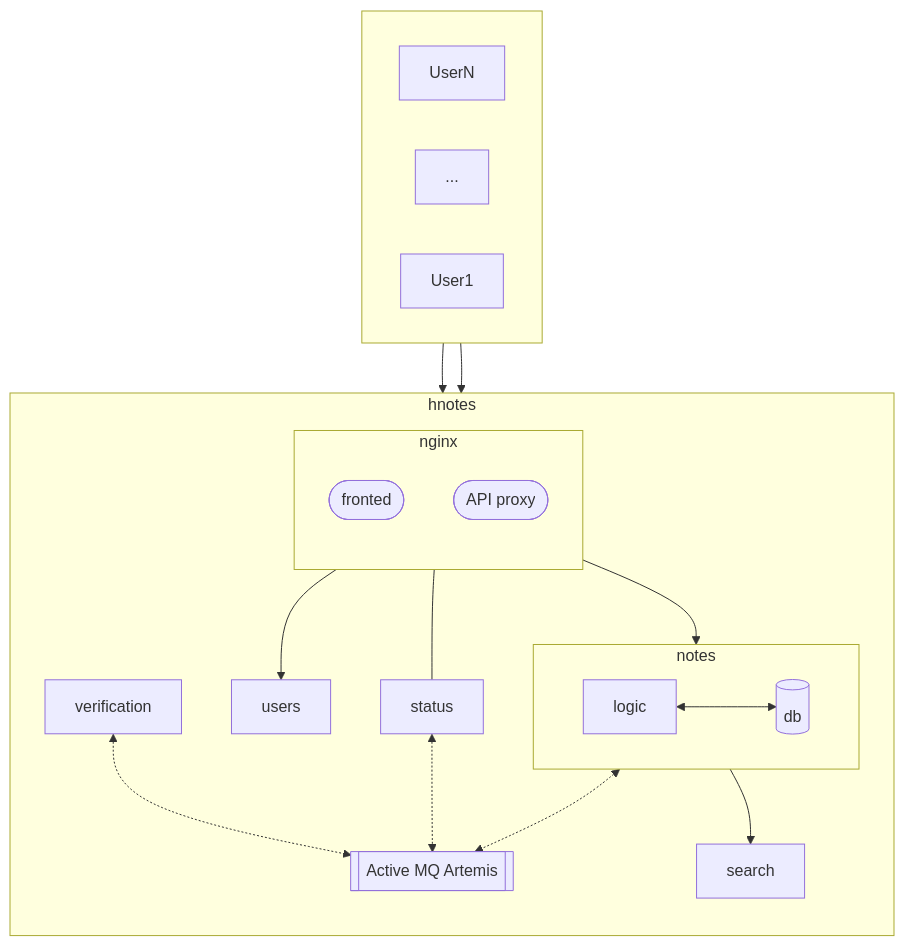
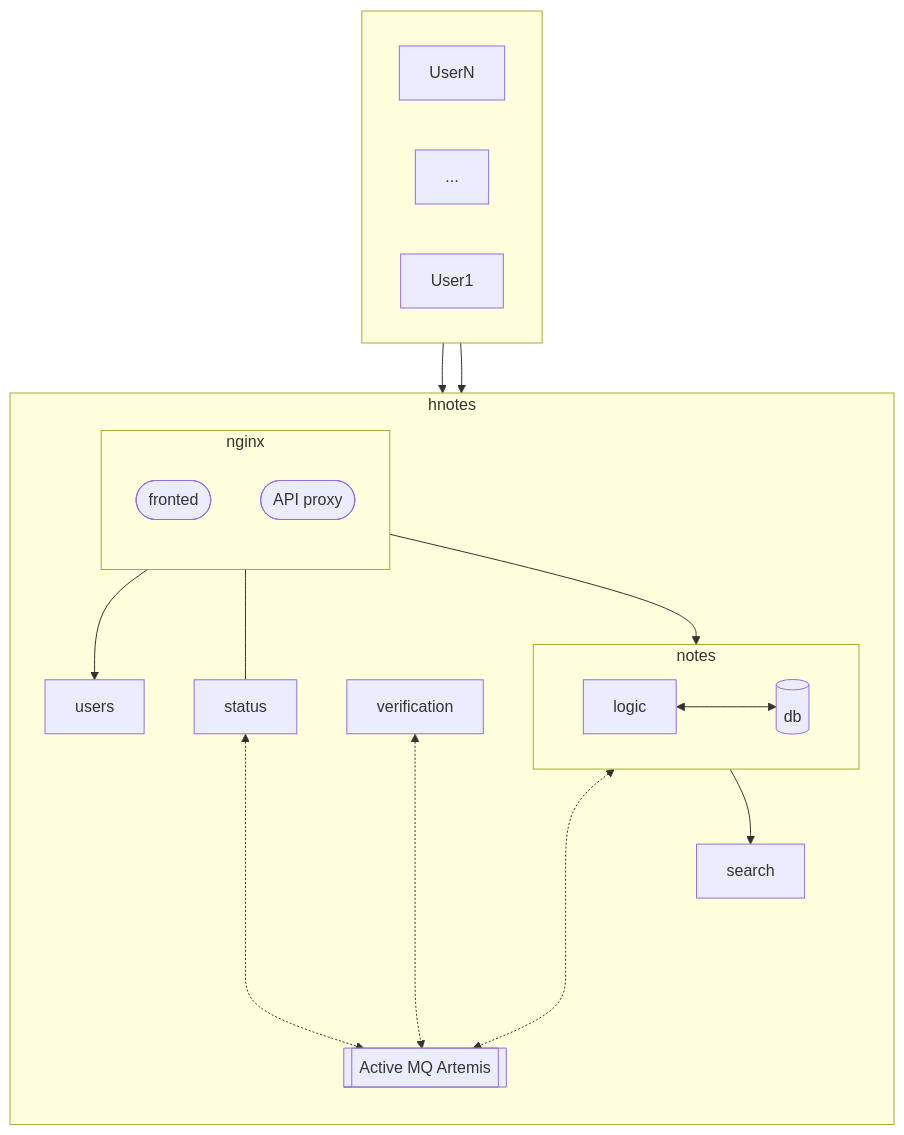
Before and after one commit to mateusz-holenko/hnotes: the diagram in README.md, drawn with Mermaid.

````diff
--- a/README.md
+++ b/README.md
@@ -20,49 +20,50 @@
 ```mermaid
 
 flowchart TB
   direction TB
   subgraph WORLD[" "]
     direction LR
     UN["UserN"]
     U2["..."]
     U1["User1"]
   end
   subgraph HN["hnotes"]
     direction TB
     subgraph NG["nginx"]
         direction TB
         FR(["fronted"])
         API(["API proxy"])
     end
     US["users"]
     ST["status"]
     VE["verification"]
     SE["search"]
     subgraph SB_NO["notes"]
         direction LR
         NO["logic"] <--> db[("db")]
     end
 
     BR[["Active MQ Artemis"]]
 
     API --> NO
     API --> US
 
     SB_NO --> SE
     
-    NO <-.-> BR
-    VE <-.-> BR
-    ST <-.-> BR 
+    NO <-...-> BR
+    VE <-...-> BR
+    ST <-...-> BR 
    end
 
   U1 --> NG
   UN --> NG
   NG --- ST
 
   click FR "https://github.com/mateusz-holenko/hnotes/tree/readme?tab=readme-ov-file#frontend-application" "Frontend application"
   click NO "https://github.com/mateusz-holenko/hnotes/tree/readme?tab=readme-ov-file#notes-service" "Notes Service"
   click US "https://github.com/mateusz-holenko/hnotes/tree/readme?tab=readme-ov-file#users-service" "Users Service"
   click ST "https://github.com/mateusz-holenko/hnotes/tree/readme?tab=readme-ov-file#status-service" "Status Service"
   click VE "https://github.com/mateusz-holenko/hnotes/tree/readme?tab=readme-ov-file#verification-service" "Verification Service"
   click BR "https://github.com/mateusz-holenko/hnotes/tree/readme?tab=readme-ov-file#message-broker" "Message Broker"
+  click SE "https://github.com/mateusz-holenko/hnotes/tree/readme?tab=readme-ov-file#search-service" "Search Service"
 ```
````
